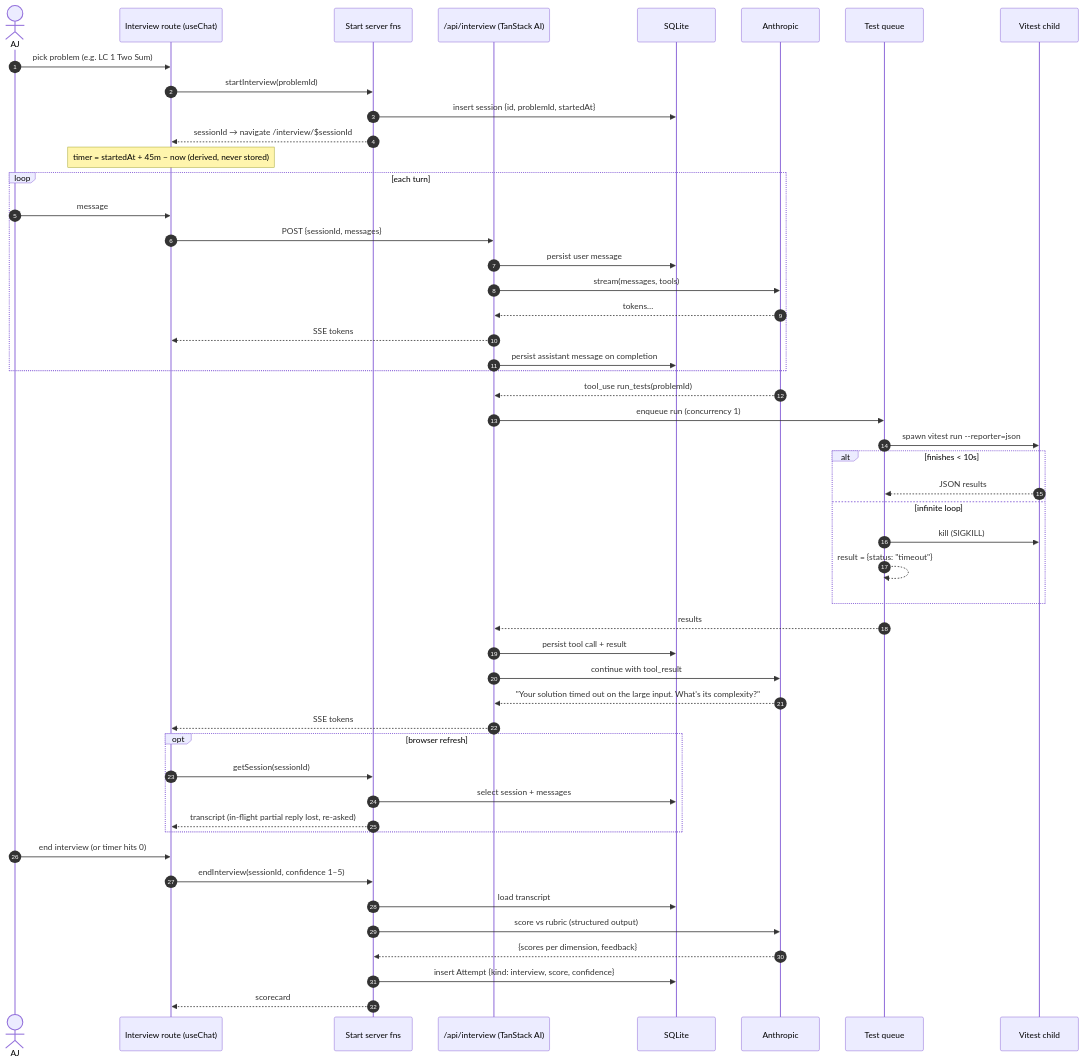
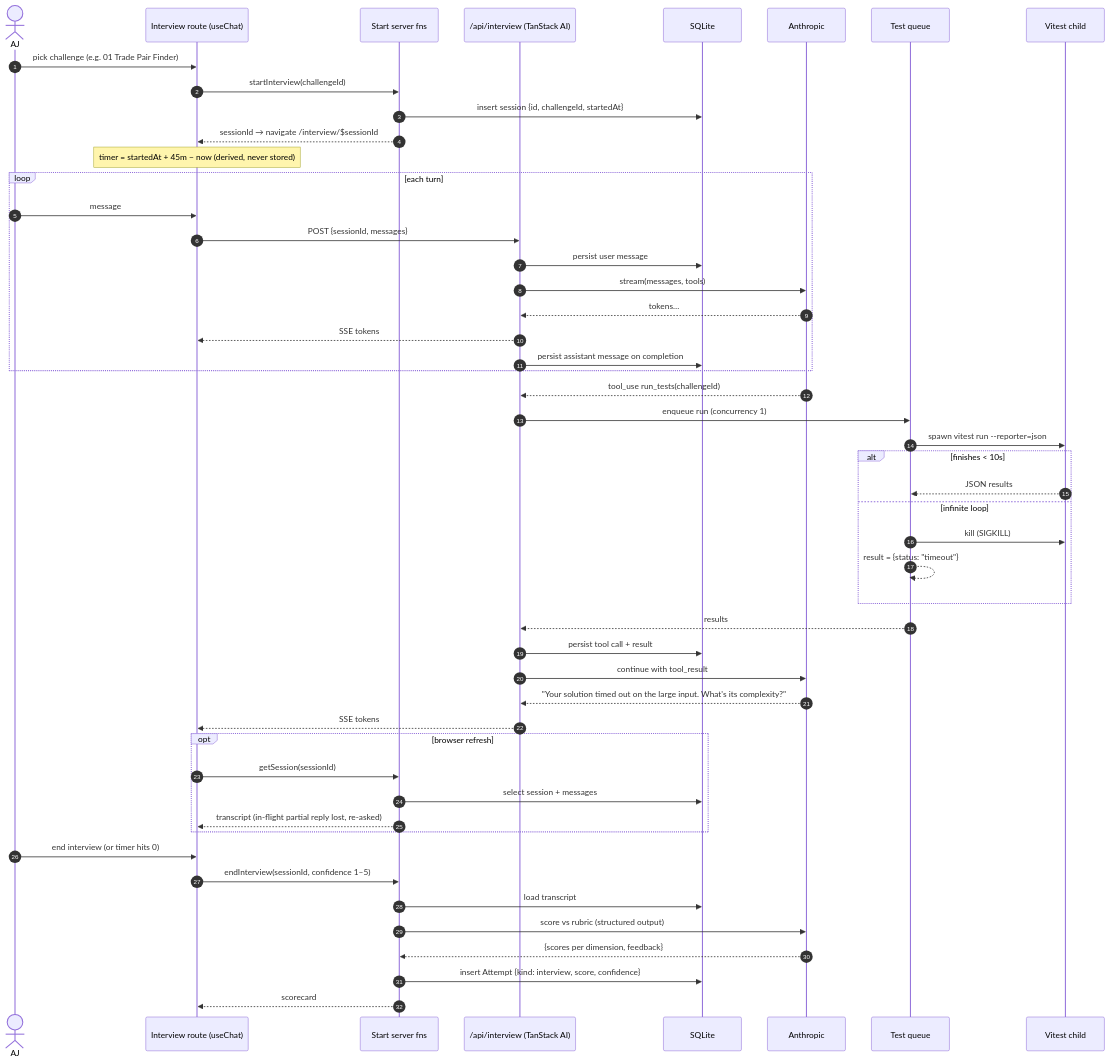
The second of 2 diagrams in docs/build-plan.md (ajg7/data_structures_and_algorithms_playground), drawn with Mermaid before and after one commit. The commit also changed other lines of this file and 21 other files, not shown here.

````diff
--- a/docs/build-plan.md
+++ b/docs/build-plan.md
@@ -109,52 +112,52 @@
 ```mermaid
 sequenceDiagram
   autonumber
   actor AJ
   participant UI as Interview route (useChat)
   participant SF as Start server fns
   participant CH as /api/interview (TanStack AI)
   participant DB as SQLite
   participant AN as Anthropic
   participant Q as Test queue
   participant VT as Vitest child
-  AJ->>UI: pick problem (e.g. LC 1 Two Sum)
-  UI->>SF: startInterview(problemId)
-  SF->>DB: insert session {id, problemId, startedAt}
+  AJ->>UI: pick challenge (e.g. 01 Trade Pair Finder)
+  UI->>SF: startInterview(challengeId)
+  SF->>DB: insert session {id, challengeId, startedAt}
   SF-->>UI: sessionId → navigate /interview/$sessionId
   Note over UI: timer = startedAt + 45m − now (derived, never stored)
   loop each turn
     AJ->>UI: message
     UI->>CH: POST {sessionId, messages}
     CH->>DB: persist user message
     CH->>AN: stream(messages, tools)
     AN-->>CH: tokens…
     CH-->>UI: SSE tokens
     CH->>DB: persist assistant message on completion
   end
-  AN-->>CH: tool_use run_tests(problemId)
+  AN-->>CH: tool_use run_tests(challengeId)
   CH->>Q: enqueue run (concurrency 1)
   Q->>VT: spawn vitest run --reporter=json
   alt finishes < 10s
     VT-->>Q: JSON results
   else infinite loop
     Q->>VT: kill (SIGKILL)
     Q-->>Q: result = {status: "timeout"}
   end
   Q-->>CH: results
   CH->>DB: persist tool call + result
   CH->>AN: continue with tool_result
   AN-->>CH: "Your solution timed out on the large input. What's its complexity?"
   CH-->>UI: SSE tokens
   opt browser refresh
     UI->>SF: getSession(sessionId)
     SF->>DB: select session + messages
     SF-->>UI: transcript (in-flight partial reply lost, re-asked)
   end
   AJ->>UI: end interview (or timer hits 0)
   UI->>SF: endInterview(sessionId, confidence 1–5)
   SF->>DB: load transcript
   SF->>AN: score vs rubric (structured output)
   AN-->>SF: {scores per dimension, feedback}
   SF->>DB: insert Attempt {kind: interview, score, confidence}
   SF-->>UI: scorecard
 ```
````
